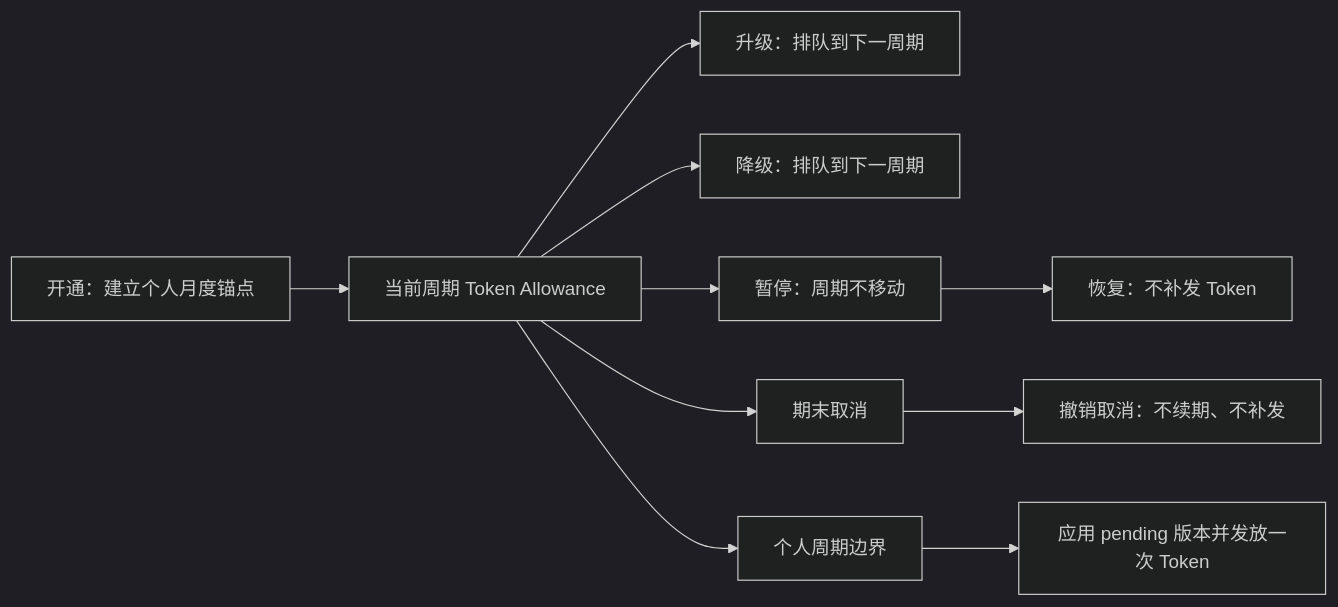
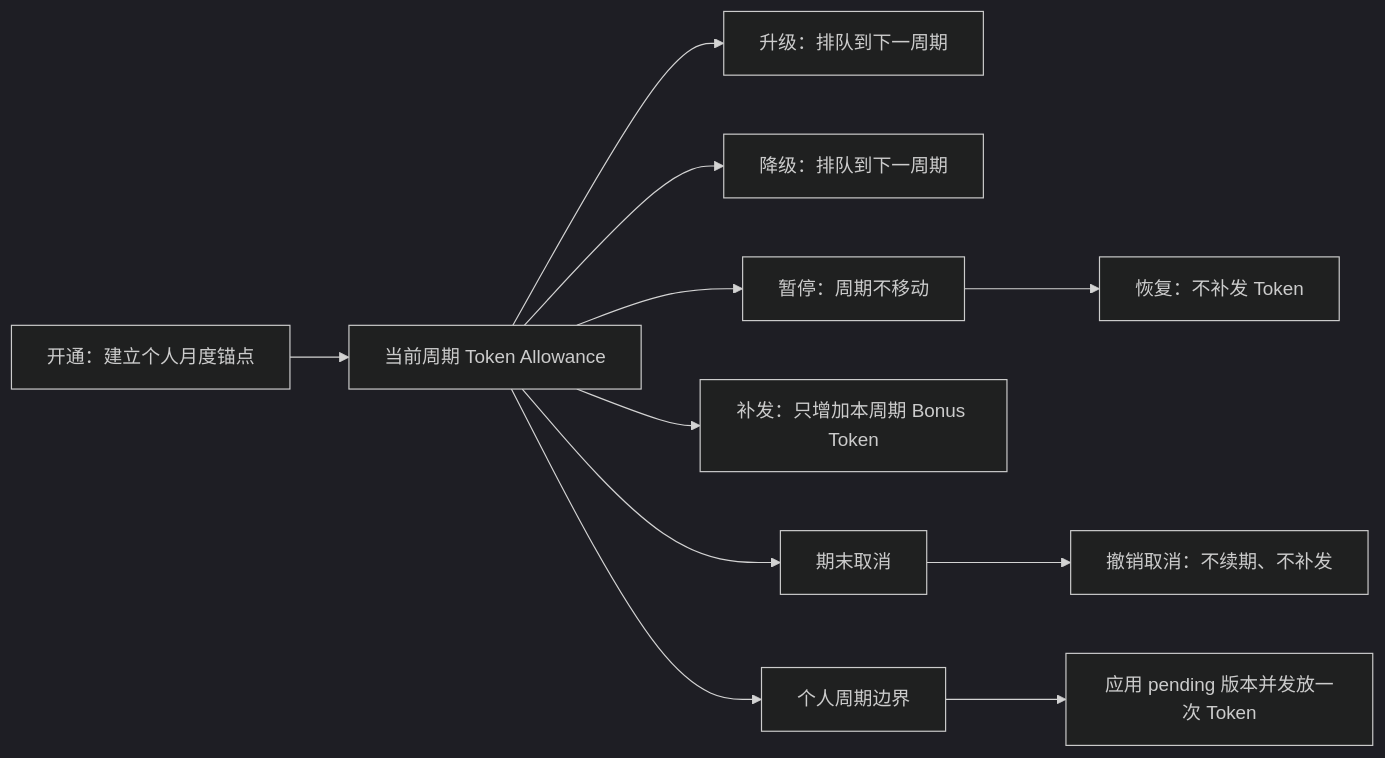
Before and after one commit to glide-the/dream-im-platform: the diagram in docs/design/modules/03-subscriptions.md, drawn with Mermaid (dark theme). The commit also changed other lines of this file and 44 other files, not shown here.

````diff
--- a/docs/design/modules/03-subscriptions.md
+++ b/docs/design/modules/03-subscriptions.md
@@ -93,9 +95,10 @@
 ```mermaid
 flowchart LR
   Open["开通：建立个人月度锚点"] --> Current["当前周期 Token Allowance"]
   Current --> Upgrade["升级：排队到下一周期"]
   Current --> Downgrade["降级：排队到下一周期"]
   Current --> Pause["暂停：周期不移动"] --> Resume["恢复：不补发 Token"]
+  Current --> Grant["补发：只增加本周期 Bonus Token"]
   Current --> Cancel["期末取消"] --> Revoke["撤销取消：不续期、不补发"]
   Current --> Boundary["个人周期边界"] --> Next["应用 pending 版本并发放一次 Token"]
 ```
````
